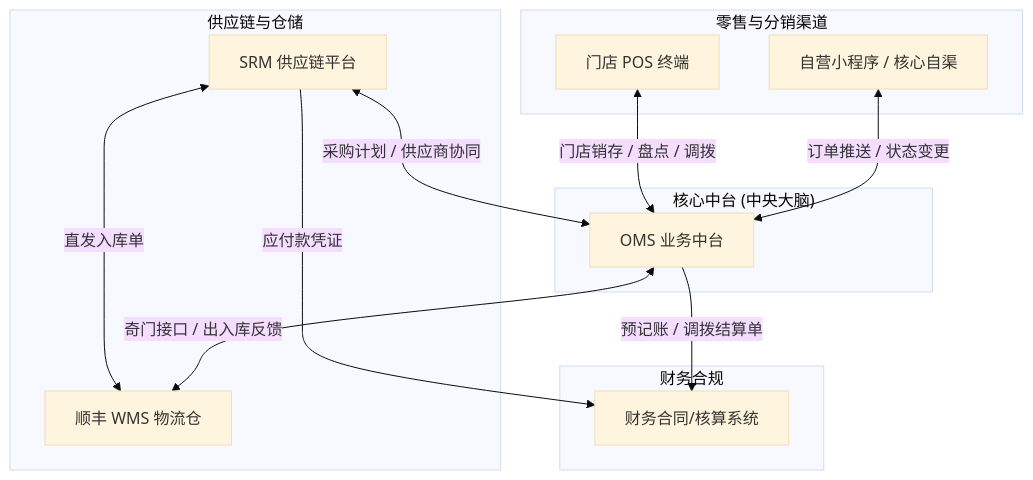
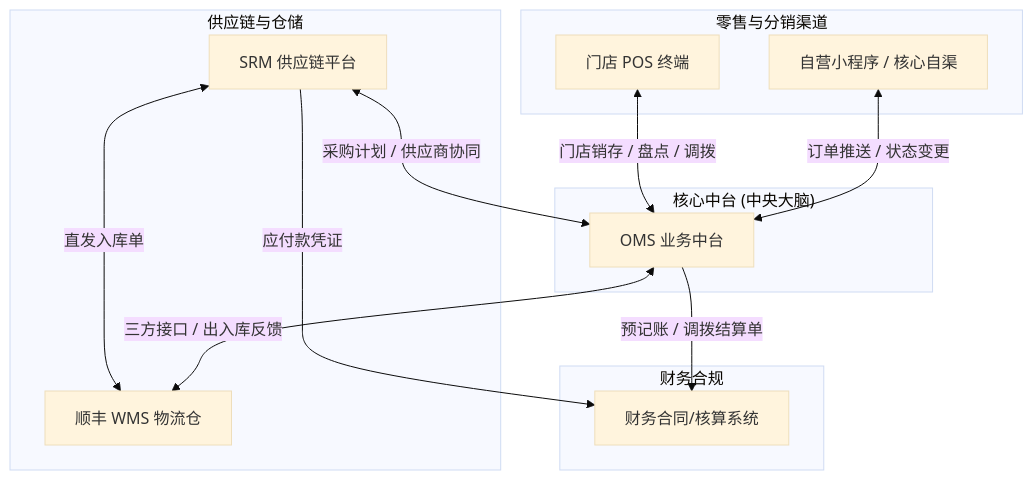
One commit to LOSKING/oms-demo changed the first of 5 diagrams in README.md. Above: the diagram before and after it, drawn with Mermaid (base theme). The commit also changed other lines of this file and 2 other files, not shown here.

````diff
--- a/README.md
+++ b/README.md
@@ -34,28 +34,28 @@
 ```mermaid
 graph TD
     subgraph channel["零售与分销渠道"]
         Core[自营小程序 / 核心自渠]
         POS[门店 POS 终端]
     end
 
     subgraph center["核心中台 (中央大脑)"]
         OMS[OMS 业务中台]
     end
 
     subgraph supply["供应链与仓储"]
         SRM[SRM 供应链平台]
         WMS[顺丰 WMS 物流仓]
     end
 
     subgraph finance["财务合规"]
         Finance[财务合同/核算系统]
     end
 
     Core <-->|订单推送 / 状态变更| OMS
     POS <-->|门店销存 / 盘点 / 调拨| OMS
     SRM <-->|采购计划 / 供应商协同| OMS
-    OMS <-->|奇门接口 / 出入库反馈| WMS
+    OMS <-->|三方接口 / 出入库反馈| WMS
     OMS -->|预记账 / 调拨结算单| Finance
     SRM -->|应付款凭证| Finance
     SRM <-->|直发入库单| WMS
 ```
````
